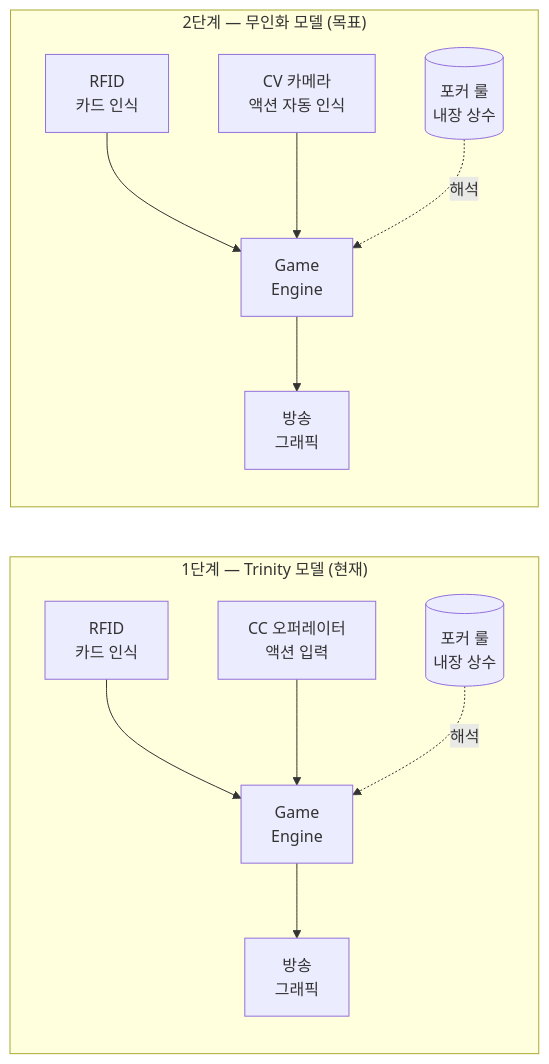
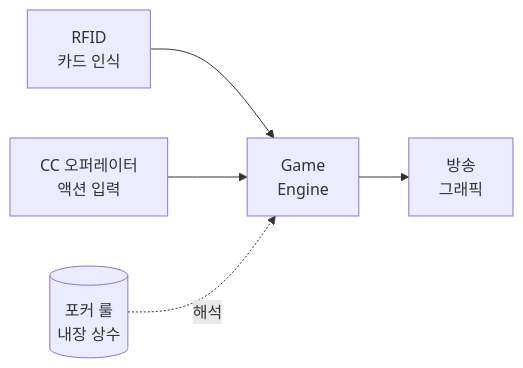
The third of 9 diagrams in docs/1. Product/Foundation.md (garimto81/ebs_github), drawn with Mermaid before and after one commit. The commit also changed other lines of this file and 4 other files, not shown here.

````diff
--- a/docs/1. Product/Foundation.md
+++ b/docs/1. Product/Foundation.md
@@ -338,15 +338,7 @@
 ```mermaid
 flowchart LR
-    subgraph S1["1단계 — Trinity 모델 (현재)"]
-        A1[RFID<br/>카드 인식] --> E1[Game<br/>Engine]
-        B1[CC 오퍼레이터<br/>액션 입력] --> E1
-        C1[(포커 룰<br/>내장 상수)] -.해석.-> E1
-        E1 --> O1[방송<br/>그래픽]
-    end
-    subgraph S2["2단계 — 무인화 모델 (목표)"]
-        A2[RFID<br/>카드 인식] --> E2[Game<br/>Engine]
-        B2["CV 카메라<br/>액션 자동 인식"] --> E2
-        C2[(포커 룰<br/>내장 상수)] -.해석.-> E2
-        E2 --> O2[방송<br/>그래픽]
-    end
+    A[RFID<br/>카드 인식] --> E[Game<br/>Engine]
+    B[CC 오퍼레이터<br/>액션 입력] --> E
+    C[(포커 룰<br/>내장 상수)] -.해석.-> E
+    E --> O[방송<br/>그래픽]
 ```
````
